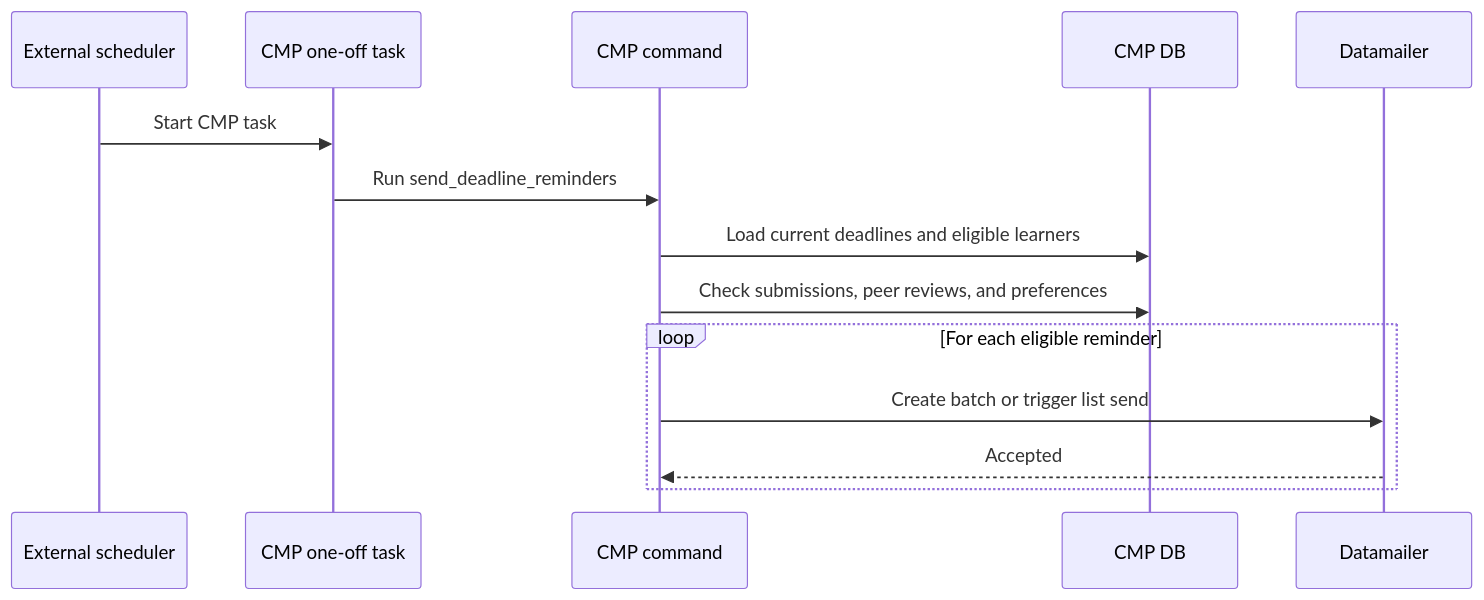
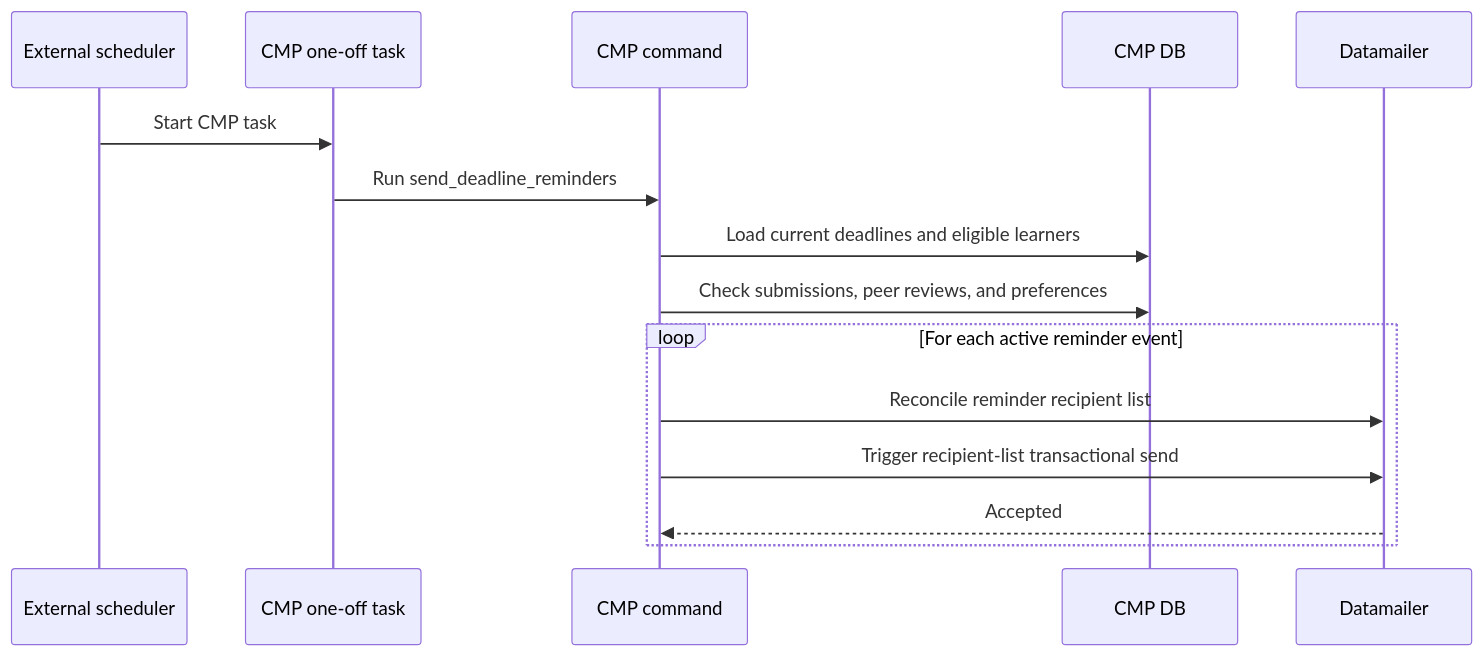
One commit to DataTalksClub/course-management-platform changed the seventh of 9 diagrams in docs/datamailer-protocol.md. Above: the diagram before and after it, drawn with Mermaid. The commit also changed other lines of this file and 3 other files, not shown here.

````diff
--- a/docs/datamailer-protocol.md
+++ b/docs/datamailer-protocol.md
@@ -490,17 +496,18 @@
 ```mermaid
 sequenceDiagram
     participant Scheduler as External scheduler
     participant ECS as CMP one-off task
     participant CMP as CMP command
     participant DB as CMP DB
     participant DM as Datamailer
 
     Scheduler->>ECS: Start CMP task
     ECS->>CMP: Run send_deadline_reminders
     CMP->>DB: Load current deadlines and eligible learners
     CMP->>DB: Check submissions, peer reviews, and preferences
-    loop For each eligible reminder
-        CMP->>DM: Create batch or trigger list send
+    loop For each active reminder event
+        CMP->>DM: Reconcile reminder recipient list
+        CMP->>DM: Trigger recipient-list transactional send
         DM-->>CMP: Accepted
     end
 ```
````
